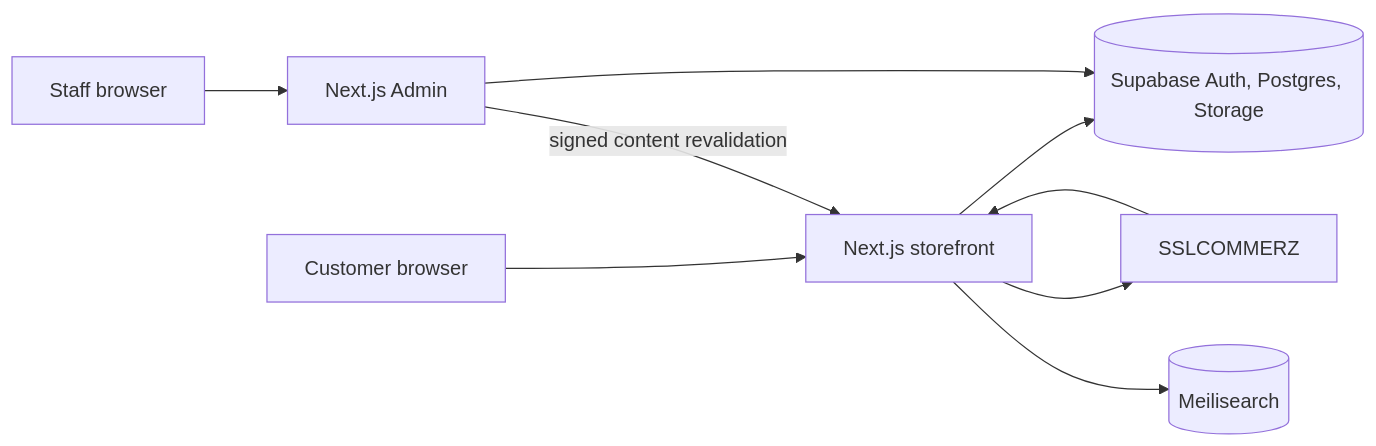
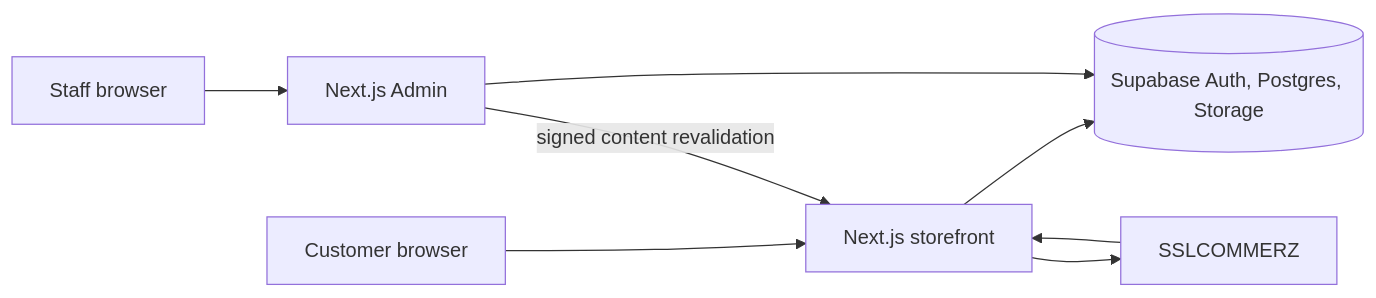
One commit to MushfiqurRashid/Banglablend changed the diagram in docs/architecture.md. Above: the diagram before and after it, drawn with Mermaid. The commit also changed other lines of this file and 62 other files, not shown here.

````diff
--- a/docs/architecture.md
+++ b/docs/architecture.md
@@ -3,11 +3,10 @@
 ```mermaid
 flowchart LR
   Customer[Customer browser] --> Storefront[Next.js storefront]
   Staff[Staff browser] --> Admin[Next.js Admin]
   Storefront --> Supabase[(Supabase Auth, Postgres, Storage)]
   Admin --> Supabase
   Storefront --> SSL[SSLCOMMERZ]
   SSL --> Storefront
-  Storefront --> Meili[(Meilisearch)]
   Admin -->|signed content revalidation| Storefront
 ```
````
